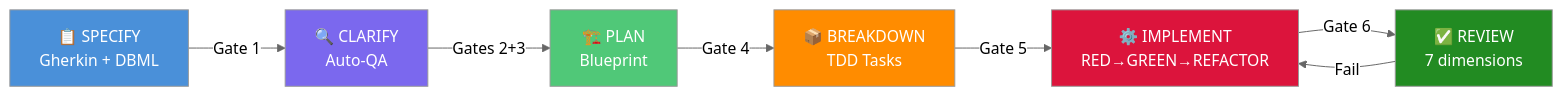
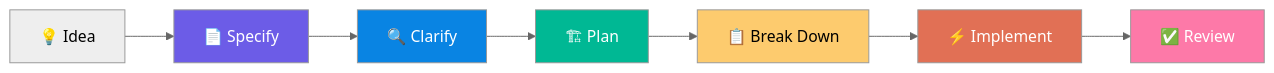
One commit to doncheli/don-cheli-sdd changed the diagram in README.md. Above: the diagram before and after it, drawn with Mermaid (neutral theme). The commit also changed other lines of this file and 2 other files, not shown here.

````diff
--- a/README.md
+++ b/README.md
@@ -155,16 +134,16 @@
 ```mermaid
 flowchart LR
-    A["📋 SPECIFY\nGherkin + DBML"] -->|Gate 1| B["🔍 CLARIFY\nAuto-QA"]
-    B -->|Gates 2+3| C["🏗️ PLAN\nBlueprint"]
-    C -->|Gate 4| D["📦 BREAKDOWN\nTDD Tasks"]
-    D -->|Gate 5| E["⚙️ IMPLEMENT\nRED→GREEN→REFACTOR"]
-    E -->|Gate 6| F["✅ REVIEW\n7 dimensions"]
-    F -->|Fail| E
+    A["💡 Idea"] --> B["📄 Specify"]
+    B --> C["🔍 Clarify"]
+    C --> D["🏗 Plan"]
+    D --> E["📋 Break Down"]
+    E --> F["⚡ Implement"]
+    F --> G["✅ Review"]
 
-    style A fill:#4A90D9,color:#fff
-    style B fill:#7B68EE,color:#fff
-    style C fill:#50C878,color:#fff
-    style D fill:#FF8C00,color:#fff
-    style E fill:#DC143C,color:#fff
-    style F fill:#228B22,color:#fff
+    style B fill:#6c5ce7,color:#fff
+    style C fill:#0984e3,color:#fff
+    style D fill:#00b894,color:#fff
+    style E fill:#fdcb6e,color:#000
+    style F fill:#e17055,color:#fff
+    style G fill:#fd79a8,color:#fff
 ```
````
